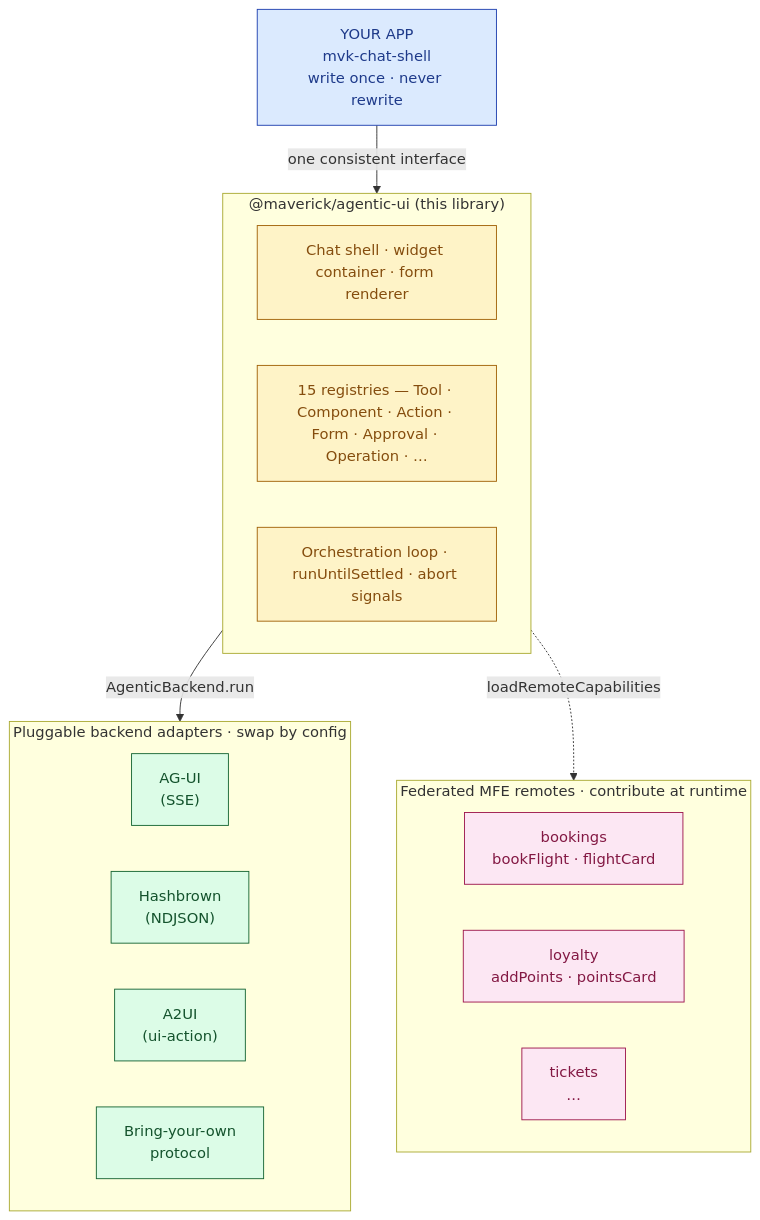
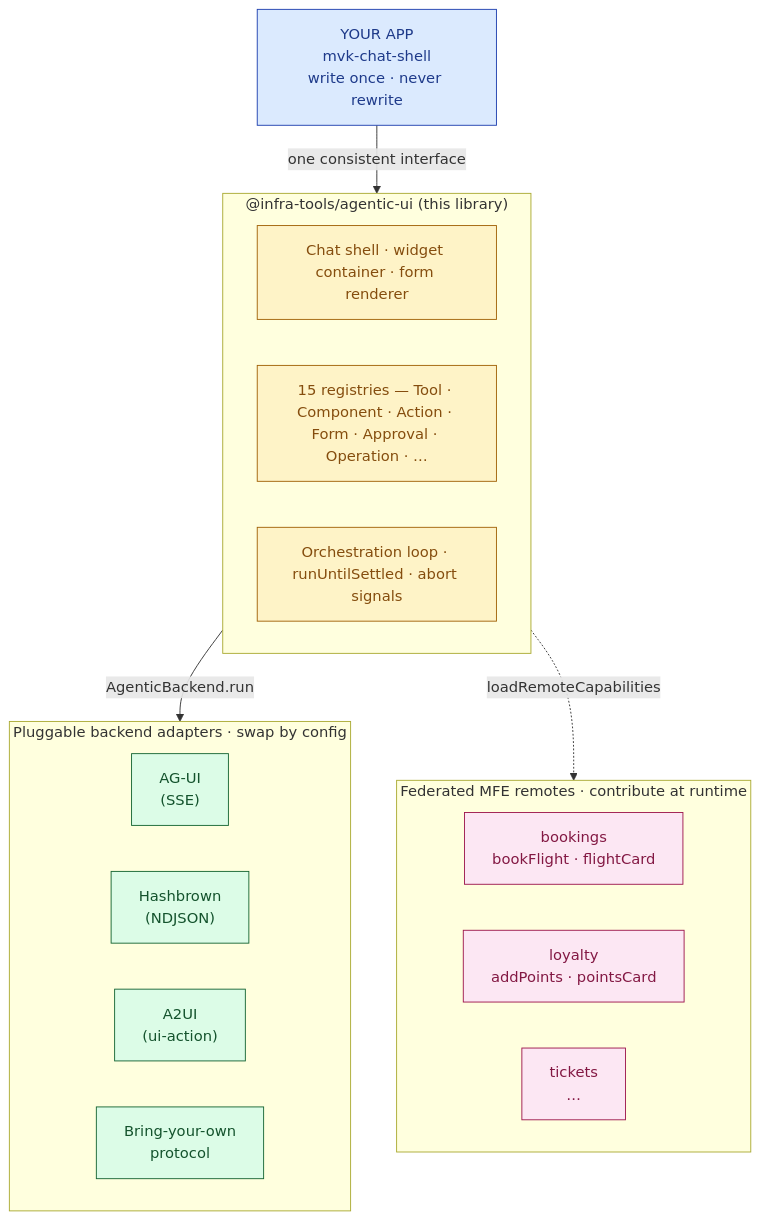
Before and after one commit to sahassakhare/agentic-ui: the diagram in docs/assets/agentic-ui-architecture.mmd, drawn with Mermaid. The commit also changed 6 other files, not shown here.

First line of the commit message:
fix(deploy): @maverick → @infra-tools in Dockerfiles (real cause of Render deploy failure)

```diff
--- a/docs/assets/agentic-ui-architecture.mmd
+++ b/docs/assets/agentic-ui-architecture.mmd
@@ -1,30 +1,30 @@
 flowchart TB
     classDef app fill:#dbeafe,stroke:#1e40af,stroke-width:1px,color:#1e3a8a
     classDef lib fill:#fef3c7,stroke:#a16207,stroke-width:1px,color:#854d0e
     classDef adapter fill:#dcfce7,stroke:#166534,stroke-width:1px,color:#14532d
     classDef remote fill:#fce7f3,stroke:#9d174d,stroke-width:1px,color:#831843
 
     APP["YOUR APP<br/>mvk-chat-shell<br/>write once · never rewrite"]:::app
 
-    subgraph LIB["@maverick/agentic-ui (this library)"]
+    subgraph LIB["@infra-tools/agentic-ui (this library)"]
         L1["Chat shell · widget container · form renderer"]:::lib
         L2["15 registries — Tool · Component · Action · Form · Approval · Operation · …"]:::lib
         L3["Orchestration loop · runUntilSettled · abort signals"]:::lib
     end
 
     subgraph PROTO["Pluggable backend adapters · swap by config"]
         AG["AG-UI<br/>(SSE)"]:::adapter
         HB["Hashbrown<br/>(NDJSON)"]:::adapter
         A2["A2UI<br/>(ui-action)"]:::adapter
         BYO["Bring-your-own<br/>protocol"]:::adapter
     end
 
     subgraph MFE["Federated MFE remotes · contribute at runtime"]
         R1["bookings<br/>bookFlight · flightCard"]:::remote
         R2["loyalty<br/>addPoints · pointsCard"]:::remote
         R3["tickets<br/>…"]:::remote
     end
 
     APP -->|one consistent interface| LIB
     LIB -->|AgenticBackend.run| PROTO
     LIB -.->|loadRemoteCapabilities| MFE
```
